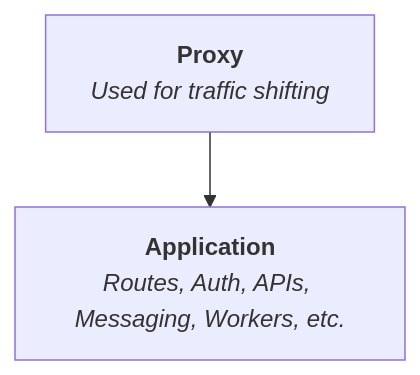
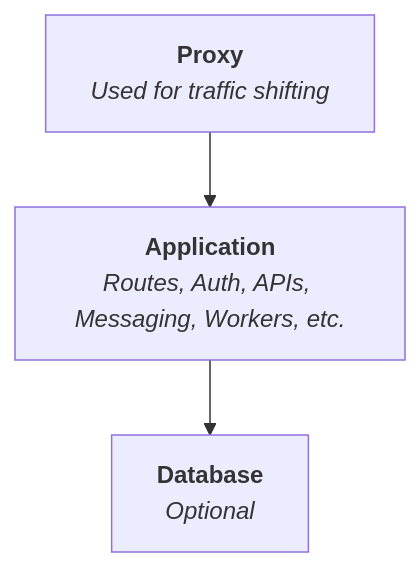
Before and after one commit to explodinglabs/superstack: the diagram in README.md, drawn with Mermaid.

````diff
--- a/README.md
+++ b/README.md
@@ -15,5 +15,6 @@
 ```mermaid
 flowchart TD
     Proxy["<b>Proxy</b><br><i>Used for traffic shifting</i>"]
     Proxy --> App["<b>Application</b><br><i>Routes, Auth, APIs, Messaging, Workers, etc.</i>"]
+    App --> Database["<b>Database</b><br><i>Optional</i>"]
 ```
````
